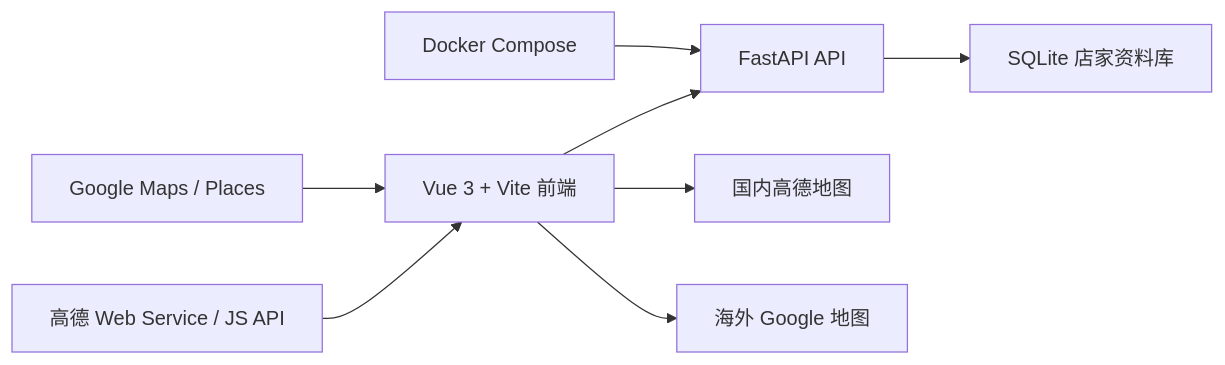
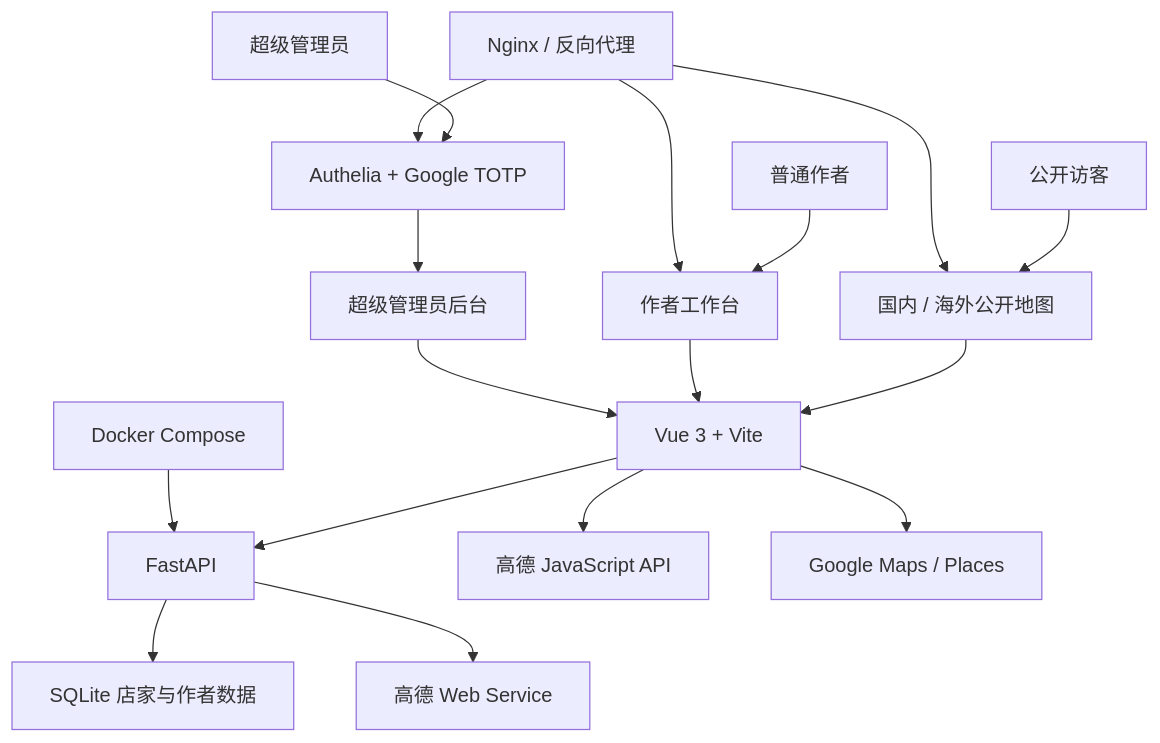
The diagram in README.md (ETO-ze/duskrain-food-map), drawn with Mermaid before and after one commit. The commit also changed other lines of this file and 24 other files, not shown here.

````diff
--- a/README.md
+++ b/README.md
@@ -68,10 +99,21 @@
 ```mermaid
-flowchart LR
-    A["Vue 3 + Vite 前端"] --> B["FastAPI API"]
-    B --> C["SQLite 店家资料库"]
-    D["高德 Web Service / JS API"] --> A
-    E["Google Maps / Places"] --> A
-    A --> F["国内高德地图"]
-    A --> G["海外 Google 地图"]
-    H["Docker Compose"] --> B
+flowchart TB
+    U["公开访客"] --> P["国内 / 海外公开地图"]
+    D["普通作者"] --> W["作者工作台"]
+    S["超级管理员"] --> A["Authelia + Google TOTP"]
+    A --> M["超级管理员后台"]
+
+    P --> V["Vue 3 + Vite"]
+    W --> V
+    M --> V
+    V --> F["FastAPI"]
+    F --> DB["SQLite 店家与作者数据"]
+    F --> AMAP["高德 Web Service"]
+    V --> AJS["高德 JavaScript API"]
+    V --> GJS["Google Maps / Places"]
+
+    C["Docker Compose"] --> F
+    N["Nginx / 反向代理"] --> P
+    N --> W
+    N --> A
 ```
````
